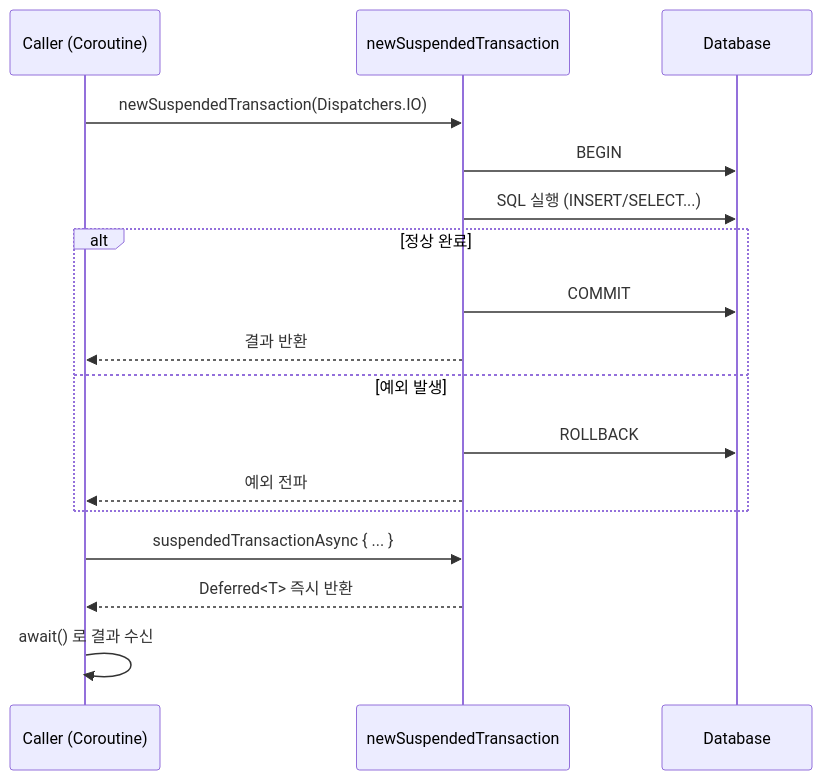
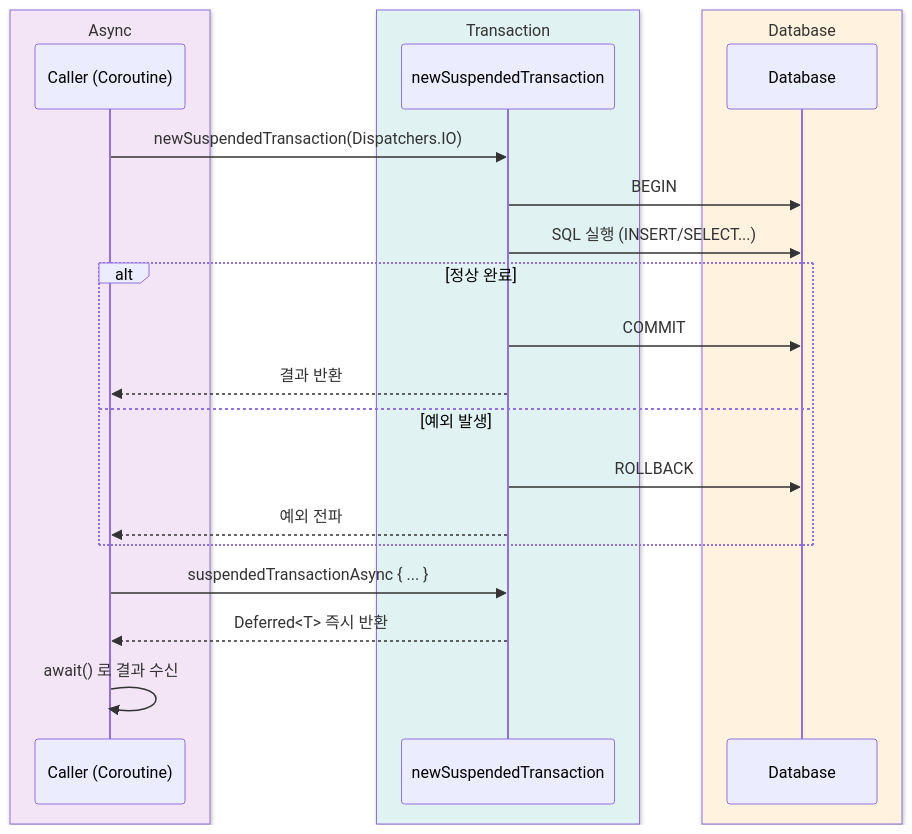
Before and after one commit to bluetape4k/exposed-workshop: the second of 2 diagrams in 05-exposed-dml/04-transactions/README.ko.md, drawn with Mermaid. The commit also changed 43 other files, not shown here.

First line of the commit message:
docs: sequence diagram에 box rgb() 파스텔 영역 적용

````diff
--- a/05-exposed-dml/04-transactions/README.ko.md
+++ b/05-exposed-dml/04-transactions/README.ko.md
@@ -132,21 +132,28 @@
 ```mermaid
-%%{init: {"theme": "neutral", "themeVariables": {"fontFamily": "'Comic Mono', 'goorm sans code', 'JetBrains Mono', 'goorm sans'", "actorBkg": "#E3F2FD", "actorBorder": "#90CAF9", "actorTextColor": "#1565C0", "actorLineColor": "#90CAF9", "activationBkgColor": "#E8F5E9", "activationBorderColor": "#A5D6A7", "labelBoxBkgColor": "#FFF3E0", "labelBoxBorderColor": "#FFCC80", "labelTextColor": "#E65100", "loopTextColor": "#6A1B9A", "noteBkgColor": "#F3E5F5", "noteBorderColor": "#CE93D8", "noteTextColor": "#6A1B9A", "signalColor": "#1565C0", "signalTextColor": "#1565C0"}}}%%
+%%{init: {"theme": "neutral", "themeVariables": {"fontFamily": "'Comic Mono', 'goorm sans code', 'JetBrains Mono', 'goorm sans'"}}}%%
 sequenceDiagram
-    participant C as Caller (Coroutine)
-    participant T as newSuspendedTransaction
-    participant DB as Database
+    box rgb(243, 229, 245) Async
+        participant C as Caller (Coroutine)
+    end
+    box rgb(224, 242, 241) Transaction
+        participant T as newSuspendedTransaction
+    end
+    box rgb(255, 243, 224) Database
+        participant DB as Database
+    end
+
     C ->> T: newSuspendedTransaction(Dispatchers.IO)
     T ->> DB: BEGIN
     T ->> DB: SQL 실행 (INSERT/SELECT...)
     alt 정상 완료
         T ->> DB: COMMIT
         T -->> C: 결과 반환
     else 예외 발생
         T ->> DB: ROLLBACK
         T -->> C: 예외 전파
     end
 
     C ->> T: suspendedTransactionAsync { ... }
     T -->> C: Deferred<T> 즉시 반환
     C ->> C: await() 로 결과 수신
 ```
````
